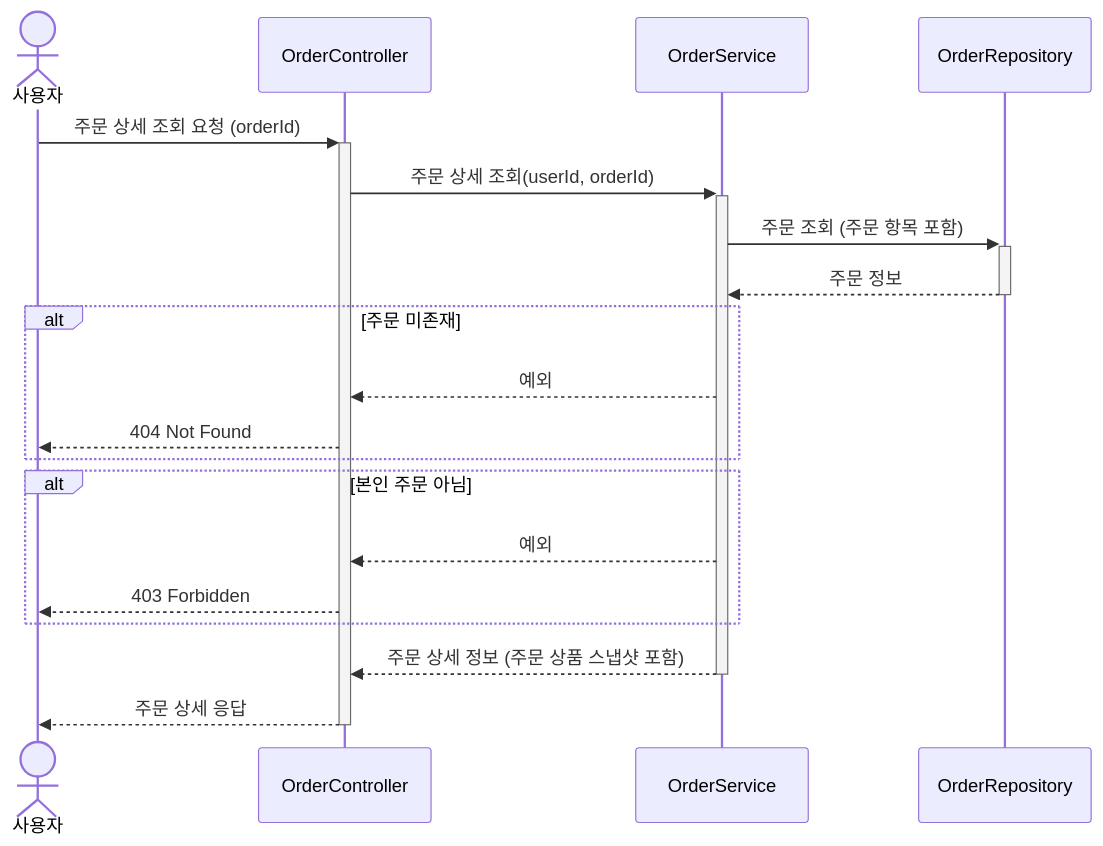
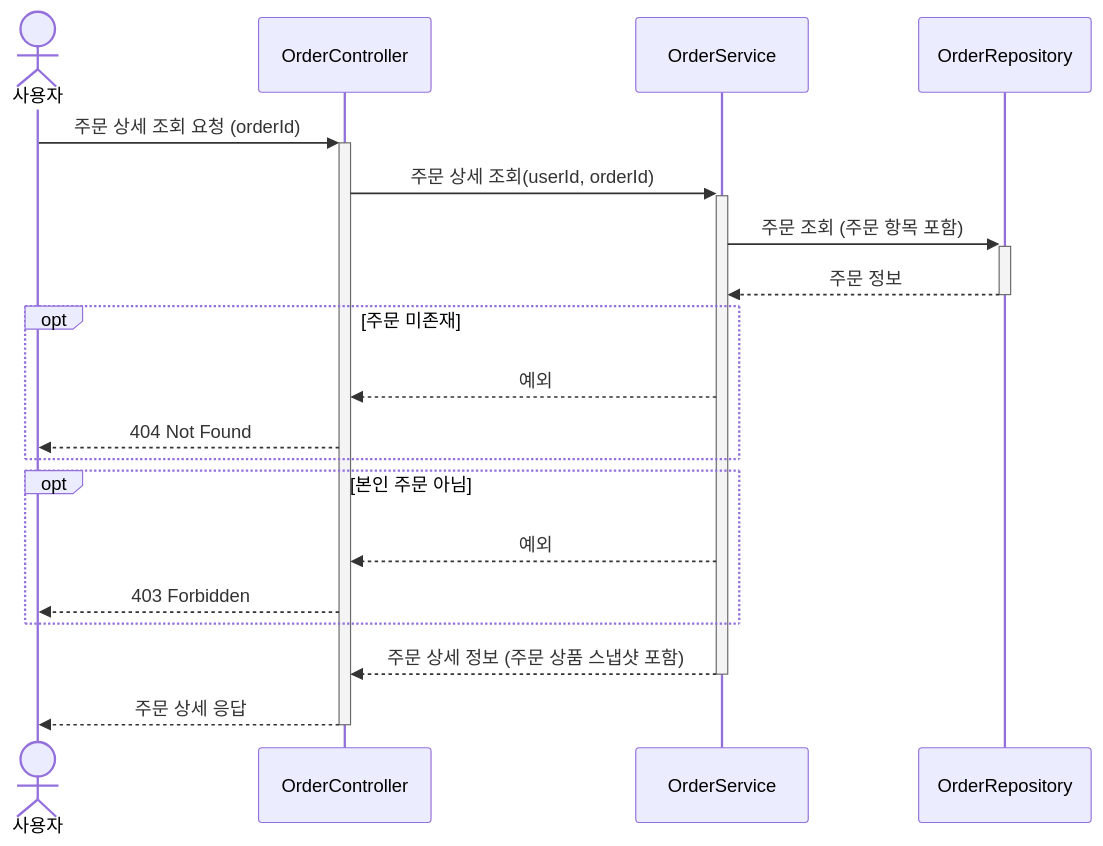
Diagram 21 of 23 in docs/design/02-sequence-diagrams.md (kimjunyoung90/loop-pack-be-l2-vol3-java), drawn with Mermaid before and after one commit. The commit also changed other lines of this file, not shown here.

````diff
--- a/docs/design/02-sequence-diagrams.md
+++ b/docs/design/02-sequence-diagrams.md
@@ -717,25 +717,25 @@
 ```mermaid
 sequenceDiagram
     actor User as 사용자
     participant OC as OrderController
     participant OS as OrderService
     participant OR as OrderRepository
 
     User->>+OC: 주문 상세 조회 요청 (orderId)
     OC->>+OS: 주문 상세 조회(userId, orderId)
     OS->>+OR: 주문 조회 (주문 항목 포함)
     OR-->>-OS: 주문 정보
 
-    alt 주문 미존재
+    opt 주문 미존재
         OS-->>OC: 예외
         OC-->>User: 404 Not Found
     end
 
-    alt 본인 주문 아님
+    opt 본인 주문 아님
         OS-->>OC: 예외
         OC-->>User: 403 Forbidden
     end
 
     OS-->>-OC: 주문 상세 정보 (주문 상품 스냅샷 포함)
     OC-->>-User: 주문 상세 응답
 ```
````
